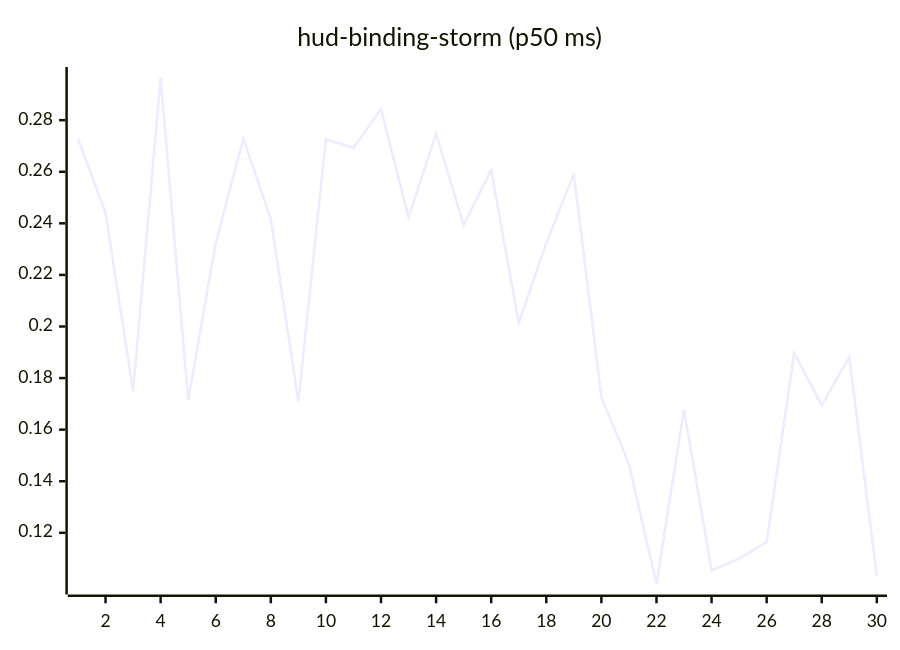
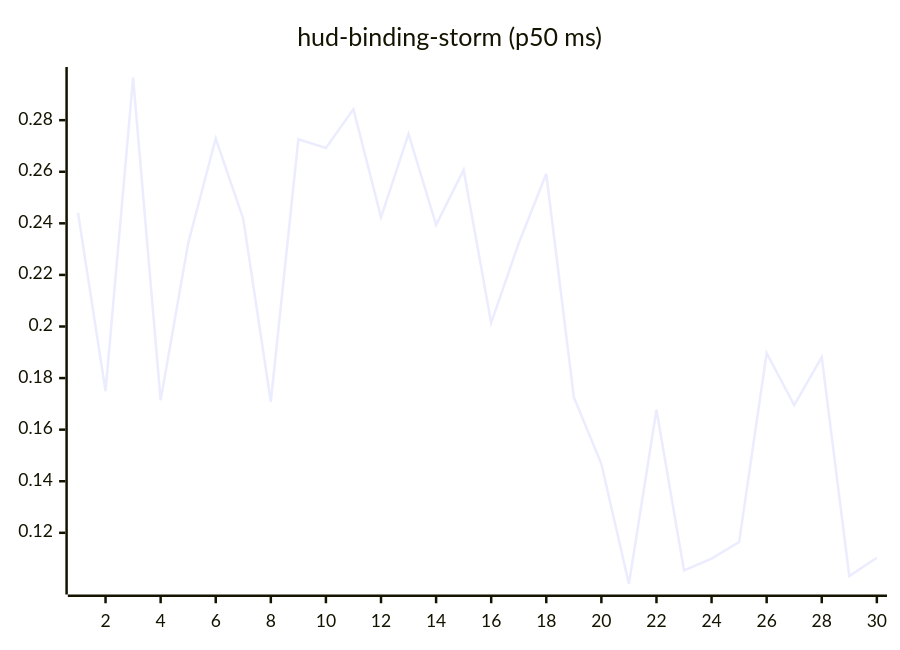
Before and after one commit to josha/Facet: the tenth of 27 diagrams in README.md, drawn with Mermaid. The commit also changed other lines of this file and 2 other files, not shown here.

````diff
--- a/README.md
+++ b/README.md
@@ -126,6 +126,6 @@
 ```mermaid
 xychart-beta
     title "hud-binding-storm (p50 ms)"
     x-axis 1 --> 30
-    line [0.2728, 0.2441, 0.1749, 0.2965, 0.1714, 0.2323, 0.2729, 0.2417, 0.1708, 0.2726, 0.2692, 0.2843, 0.2423, 0.2747, 0.2394, 0.2607, 0.2014, 0.2323, 0.2592, 0.1726, 0.1467, 0.1002, 0.1677, 0.1054, 0.1100, 0.1164, 0.1897, 0.1695, 0.1881, 0.1032]
+    line [0.2441, 0.1749, 0.2965, 0.1714, 0.2323, 0.2729, 0.2417, 0.1708, 0.2726, 0.2692, 0.2843, 0.2423, 0.2747, 0.2394, 0.2607, 0.2014, 0.2323, 0.2592, 0.1726, 0.1467, 0.1002, 0.1677, 0.1054, 0.1100, 0.1164, 0.1897, 0.1695, 0.1881, 0.1032, 0.1103]
 ```
````
